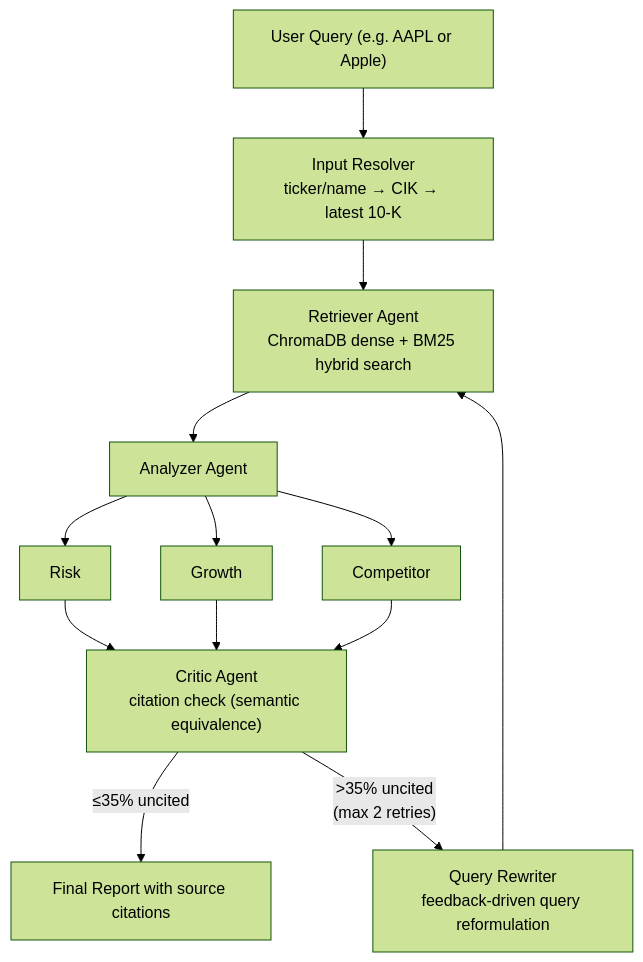
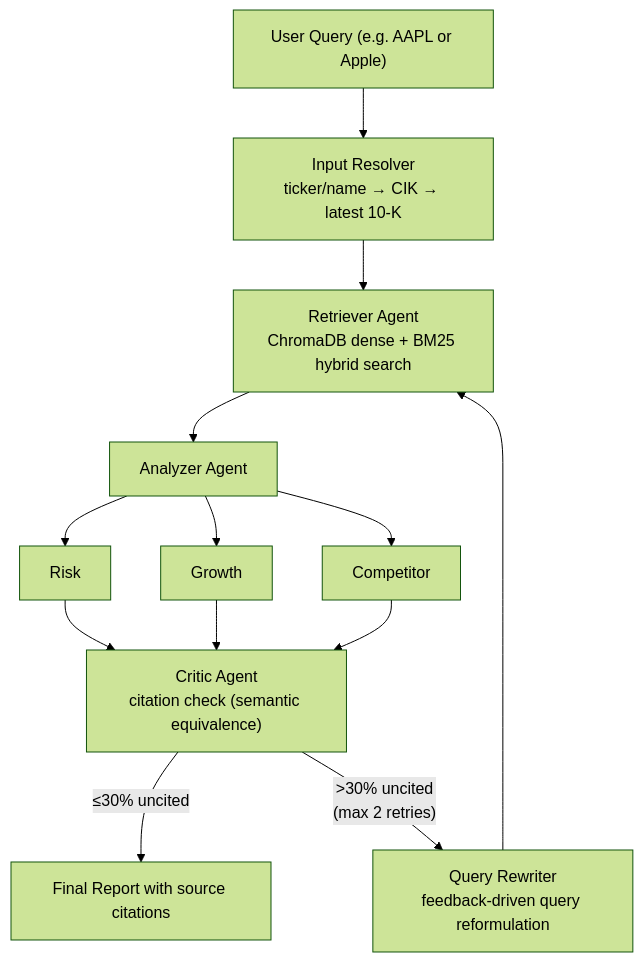
One commit to choeyunbeom/finscope changed the first of 2 diagrams in README.md. Above: the diagram before and after it, drawn with Mermaid (forest theme).

````diff
--- a/README.md
+++ b/README.md
@@ -22,11 +22,11 @@
 ```mermaid
 flowchart TD
     A["User Query (e.g. AAPL or Apple)"] --> B["Input Resolver\nticker/name → CIK → latest 10-K"]
     B --> C["Retriever Agent\nChromaDB dense + BM25 hybrid search"]
     C --> D["Analyzer Agent"]
     D --> D1["Risk"] & D2["Growth"] & D3["Competitor"]
     D1 & D2 & D3 --> E["Critic Agent\ncitation check (semantic equivalence)"]
-    E -- "≤35% uncited" --> F["Final Report with source citations"]
-    E -- ">35% uncited\n(max 2 retries)" --> QR["Query Rewriter\nfeedback-driven query reformulation"]
+    E -- "≤30% uncited" --> F["Final Report with source citations"]
+    E -- ">30% uncited\n(max 2 retries)" --> QR["Query Rewriter\nfeedback-driven query reformulation"]
     QR --> C
 ```
````
